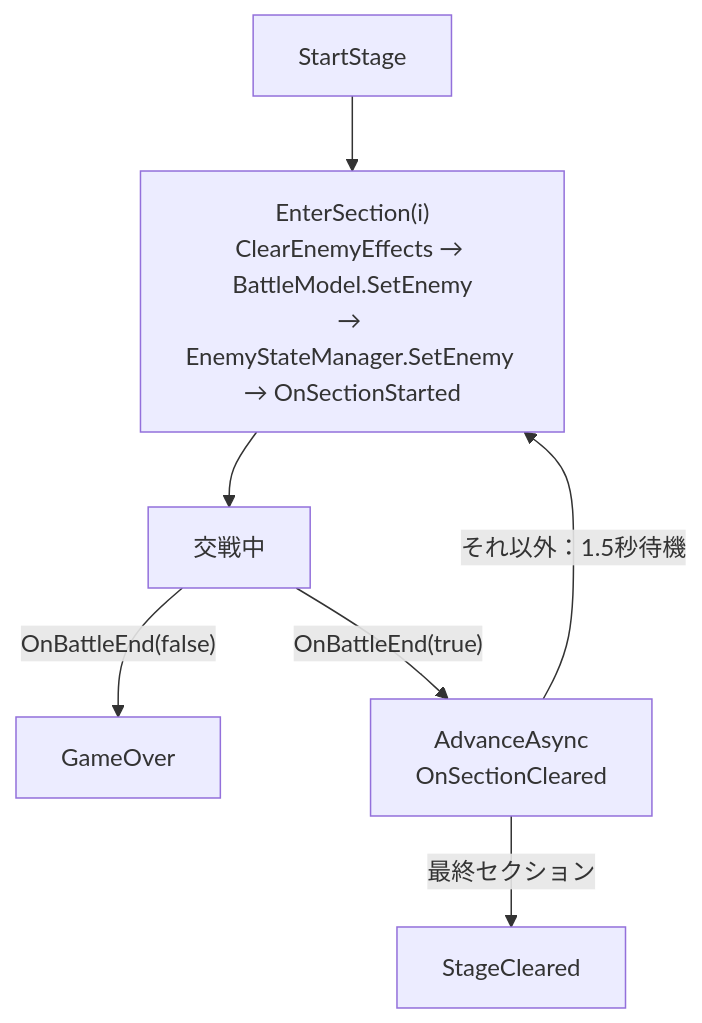
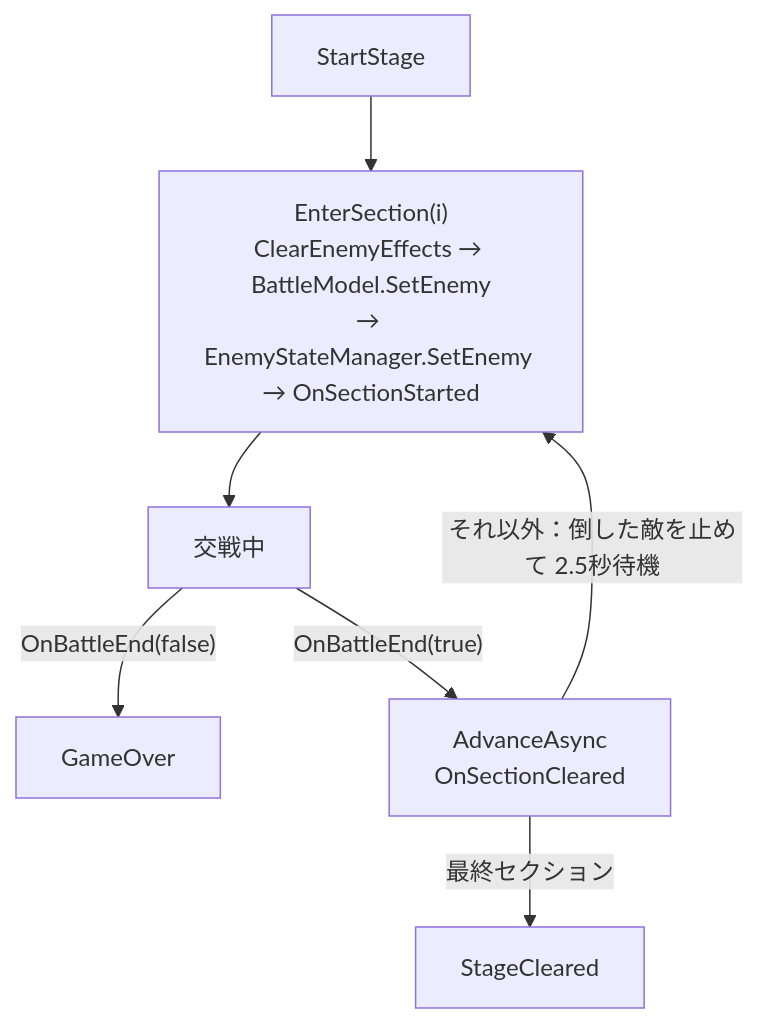
Before and after one commit to Kapi0622/MUDRA: the fourth of 4 diagrams in MUDRA/docs/architecture/02_battle_system.md, drawn with Mermaid. The commit also changed other lines of this file and 52 other files, not shown here.

````diff
--- a/MUDRA/docs/architecture/02_battle_system.md
+++ b/MUDRA/docs/architecture/02_battle_system.md
@@ -419,9 +447,9 @@
 ```mermaid
 flowchart TD
     START["StartStage"] --> ENTER["EnterSection(i)<br/>ClearEnemyEffects → BattleModel.SetEnemy<br/>→ EnemyStateManager.SetEnemy → OnSectionStarted"]
     ENTER --> BATTLE["交戦中"]
     BATTLE -->|"OnBattleEnd(false)"| GO["GameOver"]
     BATTLE -->|"OnBattleEnd(true)"| ADV["AdvanceAsync<br/>OnSectionCleared"]
     ADV -->|"最終セクション"| CLR["StageCleared"]
-    ADV -->|"それ以外：1.5秒待機"| ENTER
+    ADV -->|"それ以外：倒した敵を止めて 2.5秒待機"| ENTER
 ```
````
